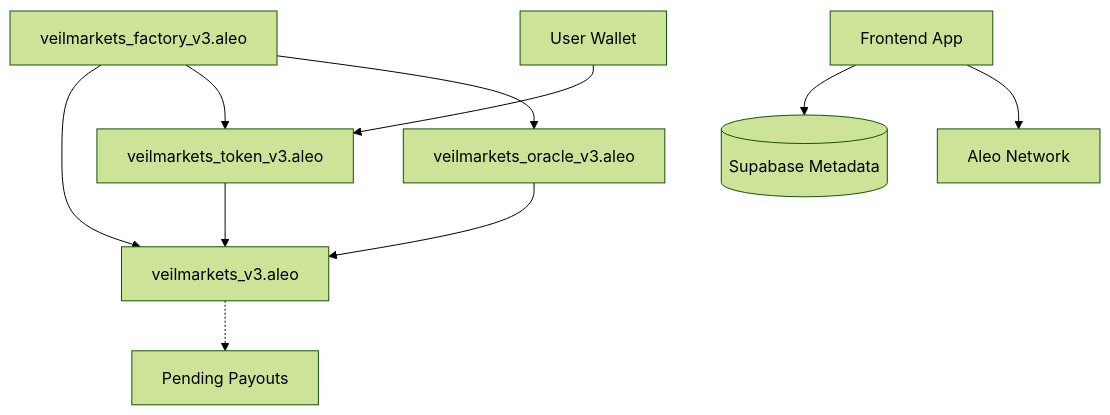
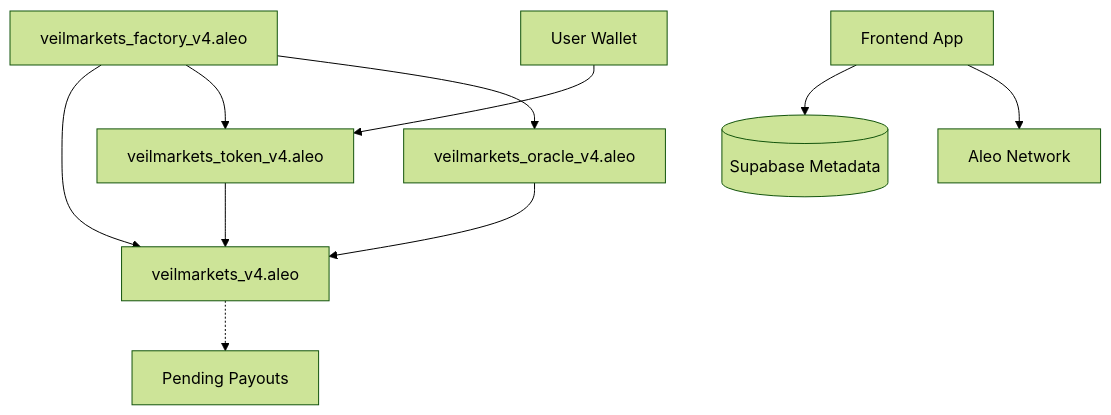
The diagram in README.md (Psalmuel01/VeilMarkets), drawn with Mermaid (forest theme) before and after one commit. The commit also changed other lines of this file and 10 other files, not shown here.

````diff
--- a/README.md
+++ b/README.md
@@ -95,14 +101,14 @@
 ```mermaid
 graph TD
-    Factory[veilmarkets_factory_v3.aleo] --> Core[veilmarkets_v3.aleo]
-    Factory --> Token[veilmarkets_token_v3.aleo]
-    Factory --> Oracle[veilmarkets_oracle_v3.aleo]
+    Factory[veilmarkets_factory_v4.aleo] --> Core[veilmarkets_v4.aleo]
+    Factory --> Token[veilmarkets_token_v4.aleo]
+    Factory --> Oracle[veilmarkets_oracle_v4.aleo]
     
     User[User Wallet] --> Token
     Token --> Core
     Core -.-> Pending[Pending Payouts]
     Oracle --> Core
     
     Frontend[Frontend App] --> Supabase[(Supabase Metadata)]
     Frontend --> Aleo[Aleo Network]
 ```
````
